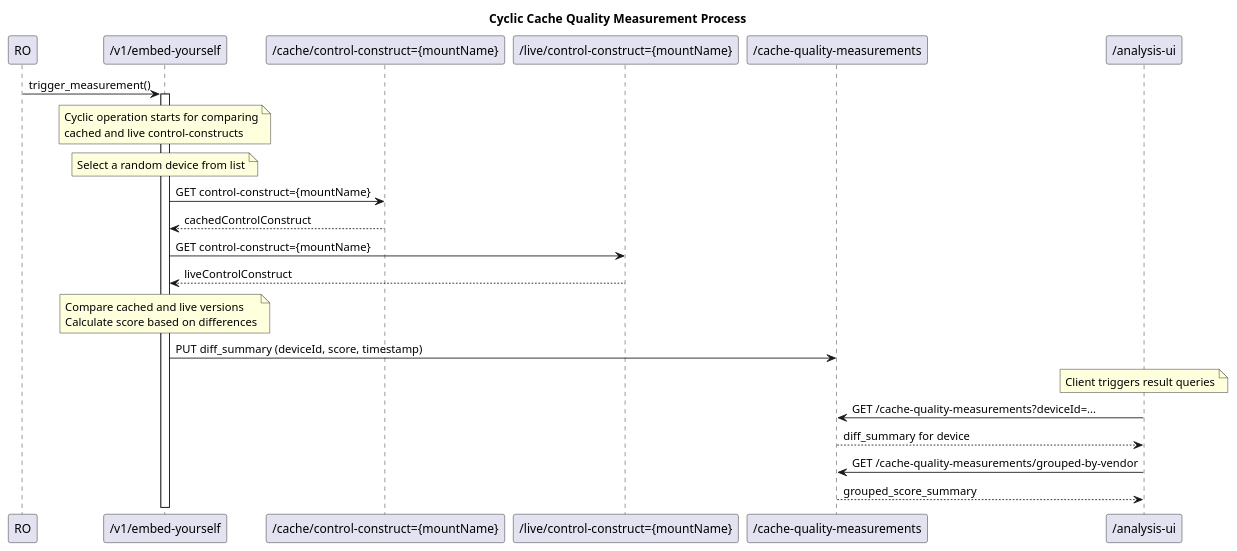
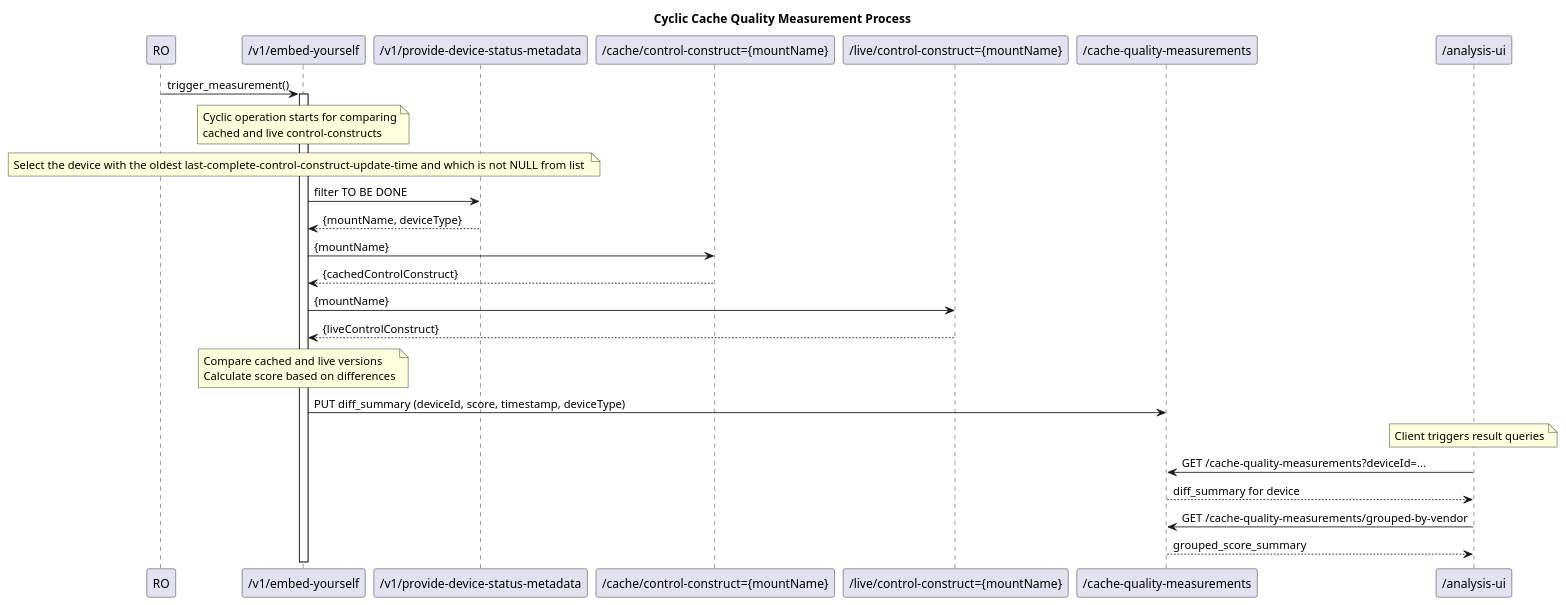
One commit to defney/MicroWaveDeviceInventory changed the diagram in spec/_Defne wip/diagrams/CacheQualityMeasurementProcess.plantuml. Above: the diagram before and after it, drawn with PlantUML. The commit also changed 1 other file, not shown here.

Commit message:
oldest rimestamp is added

```diff
--- a/spec/_Defne wip/diagrams/CacheQualityMeasurementProcess.plantuml
+++ b/spec/_Defne wip/diagrams/CacheQualityMeasurementProcess.plantuml
@@ -1,53 +1,54 @@
 @startuml 01x_CyclicCacheQualityMeasurement
 skinparam responseMessageBelowArrow true
 
 title Cyclic Cache Quality Measurement Process
 
 participant RO as ro
 participant "/v1/embed-yourself" as mwdi
+participant "/v1/provide-device-status-metadata" as metadata
 participant "/cache/control-construct={mountName}" as cache
 participant "/live/control-construct={mountName}" as live
 participant "/cache-quality-measurements" as store
 participant "/analysis-ui" as client
 
 ro -> mwdi : trigger_measurement()
 activate mwdi
 
 note over mwdi
 Cyclic operation starts for comparing
 cached and live control-constructs
 end note
 
 note over mwdi
-Select a random device from list
+Select the device with the oldest last-complete-control-construct-update-time and which is not NULL from list 
 end note
 
-mwdi -> cache : GET control-construct={mountName}
-cache --> mwdi : cachedControlConstruct
+mwdi -> metadata : filter TO BE DONE
+metadata --> mwdi : {mountName, deviceType}
 
-mwdi -> live : GET control-construct={mountName}
-live --> mwdi : liveControlConstruct
+mwdi -> cache : {mountName}
+cache --> mwdi : {cachedControlConstruct}
+
+
+mwdi -> live : {mountName}
+live --> mwdi :  {liveControlConstruct}
 
 note over mwdi
 Compare cached and live versions
 Calculate score based on differences
 end note
 
-mwdi -> store : PUT diff_summary (deviceId, score, timestamp)
+mwdi -> store : PUT diff_summary (deviceId, score, timestamp, deviceType)
 
-' note over mwdi
-' Deactivate until next cycle
-' end note
-' deactivate mwdi
 
 note over client
 Client triggers result queries
 end note
 
 client -> store : GET /cache-quality-measurements?deviceId=...
 store --> client : diff_summary for device
 
 client -> store : GET /cache-quality-measurements/grouped-by-vendor
 store --> client : grouped_score_summary
 
 @enduml
```
